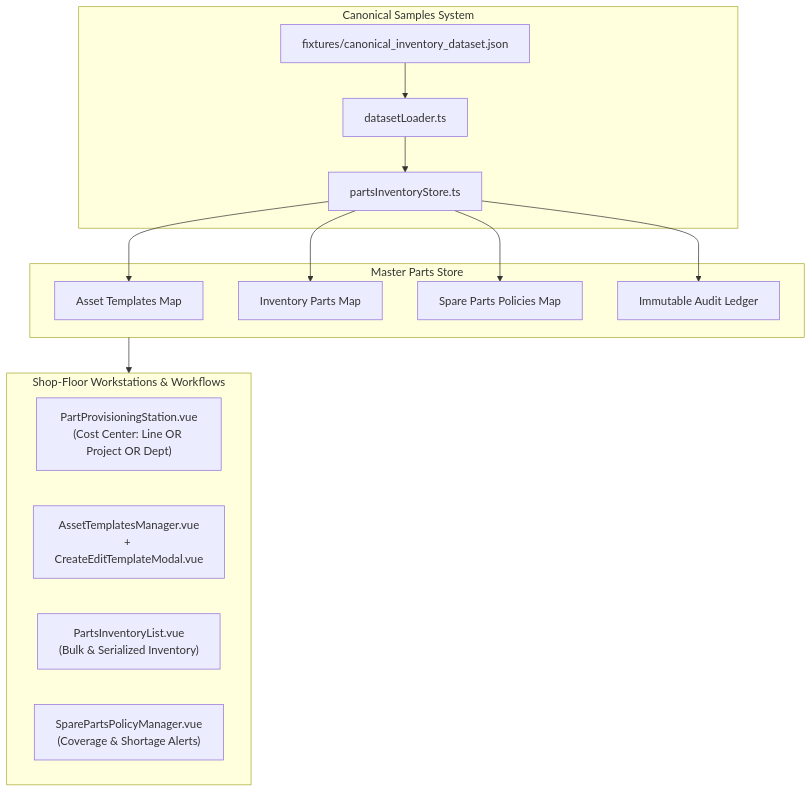
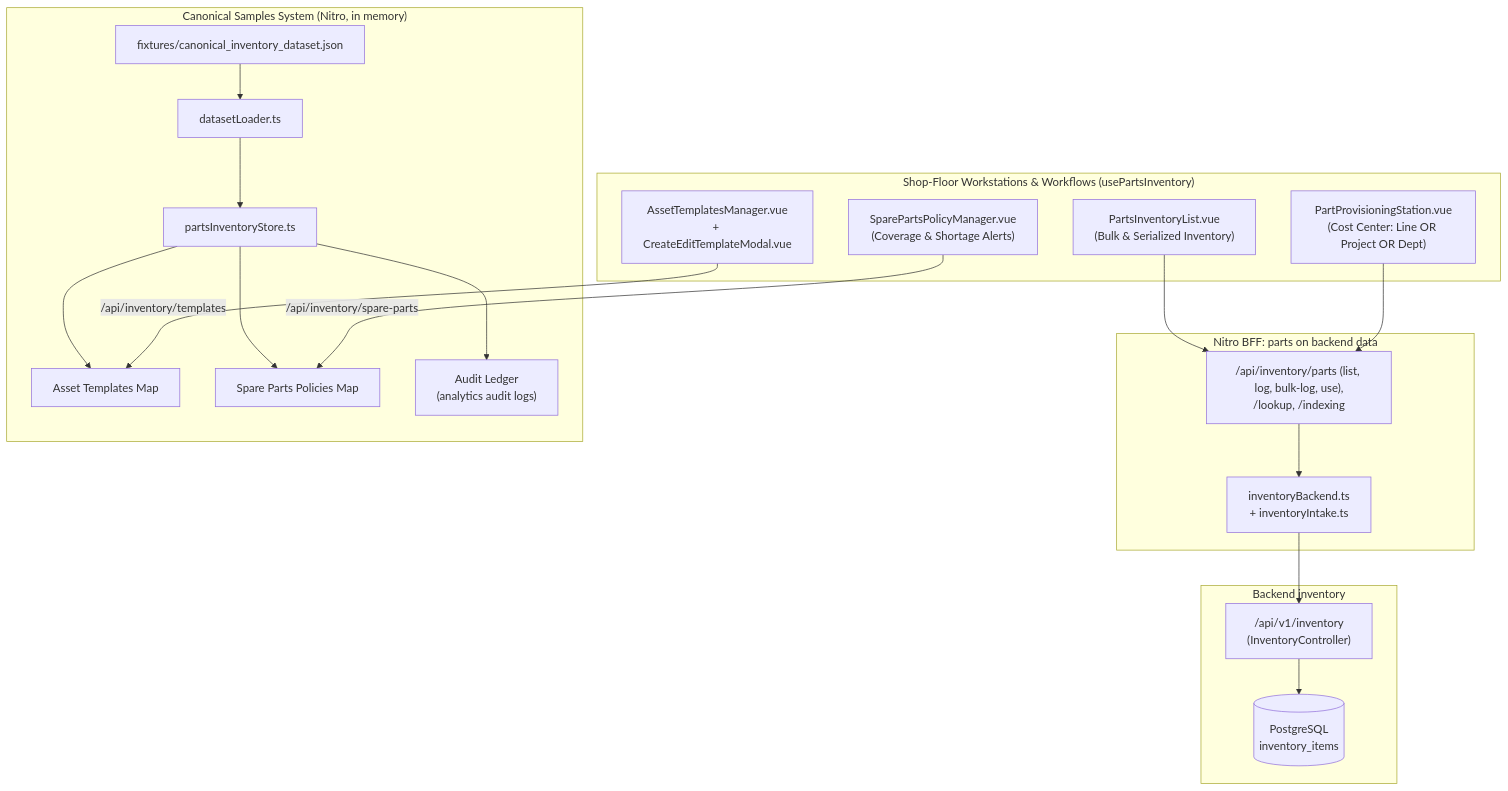
Before and after one commit to 0xLufis/heimdall: the diagram in docs/architecture/PARTS_INVENTORY_AND_PROVISIONING_ARCHITECTURE.md, drawn with Mermaid. The commit also changed other lines of this file and 19 other files, not shown here.

First line of the commit message:
docs: diagrams and their prose match the code; findings in the TODO

````diff
--- a/docs/architecture/PARTS_INVENTORY_AND_PROVISIONING_ARCHITECTURE.md
+++ b/docs/architecture/PARTS_INVENTORY_AND_PROVISIONING_ARCHITECTURE.md
@@ -12,23 +12,31 @@
 ```mermaid
 flowchart TD
-    subgraph Canonical ["Canonical Samples System"]
+    subgraph Operations ["Shop-Floor Workstations & Workflows (usePartsInventory)"]
+        PWS["PartProvisioningStation.vue<br/>(Cost Center: Line OR Project OR Dept)"]
+        PIL["PartsInventoryList.vue<br/>(Bulk & Serialized Inventory)"]
+        ATM["AssetTemplatesManager.vue<br/>+ CreateEditTemplateModal.vue"]
+        SPM["SparePartsPolicyManager.vue<br/>(Coverage & Shortage Alerts)"]
+    end
+
+    subgraph PartsBff ["Nitro BFF: parts on backend data"]
+        PartsApi["/api/inventory/parts (list, log, bulk-log, use),<br/>/lookup, /indexing"] --> Bridge["inventoryBackend.ts<br/>+ inventoryIntake.ts"]
+    end
+
+    subgraph Backend ["Backend inventory"]
+        InvApi["/api/v1/inventory<br/>(InventoryController)"] --> Items[("PostgreSQL<br/>inventory_items")]
+    end
+
+    subgraph Canonical ["Canonical Samples System (Nitro, in memory)"]
         CF["fixtures/canonical_inventory_dataset.json"] --> DL["datasetLoader.ts"]
         DL --> Store["partsInventoryStore.ts"]
+        Store --> Templates["Asset Templates Map"]
+        Store --> Spares["Spare Parts Policies Map"]
+        Store --> Audit["Audit Ledger<br/>(analytics audit logs)"]
     end
 
-    subgraph StoreLayer ["Master Parts Store"]
-        Store --> Templates["Asset Templates Map"]
-        Store --> Parts["Inventory Parts Map"]
-        Store --> Spares["Spare Parts Policies Map"]
-        Store --> Audit["Immutable Audit Ledger"]
-    end
-
-    subgraph Operations ["Shop-Floor Workstations & Workflows"]
-        PWS["PartProvisioningStation.vue\n(Cost Center: Line OR Project OR Dept)"]
-        ATM["AssetTemplatesManager.vue\n+ CreateEditTemplateModal.vue"]
-        PIL["PartsInventoryList.vue\n(Bulk & Serialized Inventory)"]
-        SPM["SparePartsPolicyManager.vue\n(Coverage & Shortage Alerts)"]
-    end
-
-    StoreLayer --> Operations
+    PIL --> PartsApi
+    PWS --> PartsApi
+    Bridge --> InvApi
+    ATM -->|"/api/inventory/templates"| Templates
+    SPM -->|"/api/inventory/spare-parts"| Spares
 ```
````
